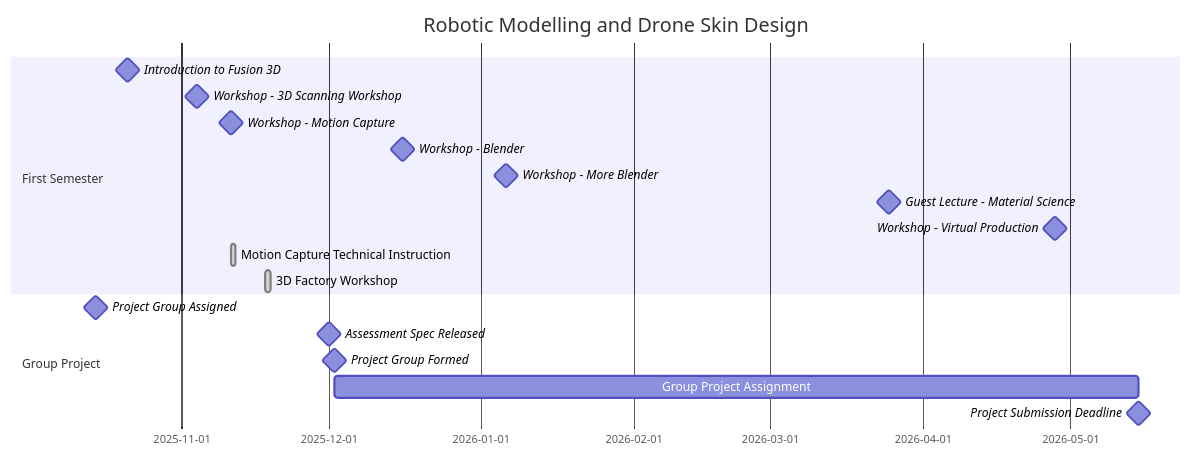
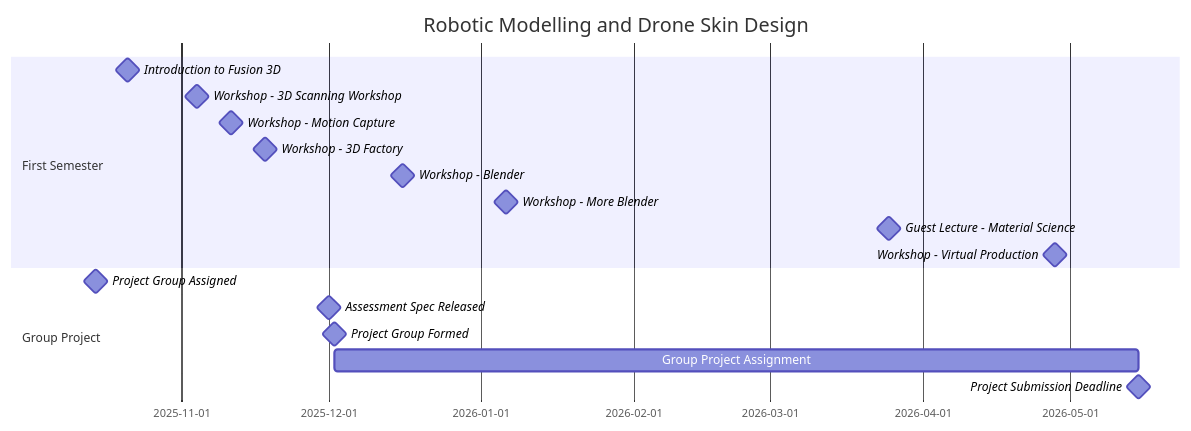
Before and after one commit to mead-one/mead-one.github.io: the diagram in README.md, drawn with Mermaid.

Commit message:
Corrected old workshop entries

````diff
--- a/README.md
+++ b/README.md
@@ -6,24 +6,23 @@
 ```mermaid
 gantt
     dateformat YYYY-MM-DD
     title Robotic Modelling and Drone Skin Design
 
     section First Semester
     Introduction to Fusion 3D       :milestone, fusionintro, 2025-10-21, 0d
     Workshop - 3D Scanning Workshop :milestone, w3dscan, 2025-11-04, 0d
     Workshop - Motion Capture       :milestone, wmocap, 2025-11-11, 0d
+    Workshop - 3D Factory           :milestone, w3dfactory, 2025-11-18, 0d
     Workshop - Blender              :milestone, wblender1, 2025-12-16, 0d
     Workshop - More Blender         :milestone, wblender2, 2026-01-06, 0d
     Guest Lecture - Material Science    :milestone, matsc, 2026-03-25, 0d
     Workshop - Virtual Production   :milestone, wvprod, 2026-04-28, 0d
 
-    Motion Capture Technical Instruction    :done, mocapintro, 2025-11-11, 1d
-    3D Factory Workshop             :done, 3dfactoryintro, 2025-11-18, 1d
 
     section Group Project
     Project Group Assigned          :milestone,  groupassigned, 2025-10-14, 1d
     Assessment Spec Released        :milestone, assignmentstart, 2025-12-01, 0d
     Project Group Formed            :milestone, groupformed, 2025-12-02, 0d
     Group Project Assignment        : groupproject, 2025-12-02, 2026-05-15
     Project Submission Deadline     :milestone, deadline, 2026-05-15, 0d
 ```
````
